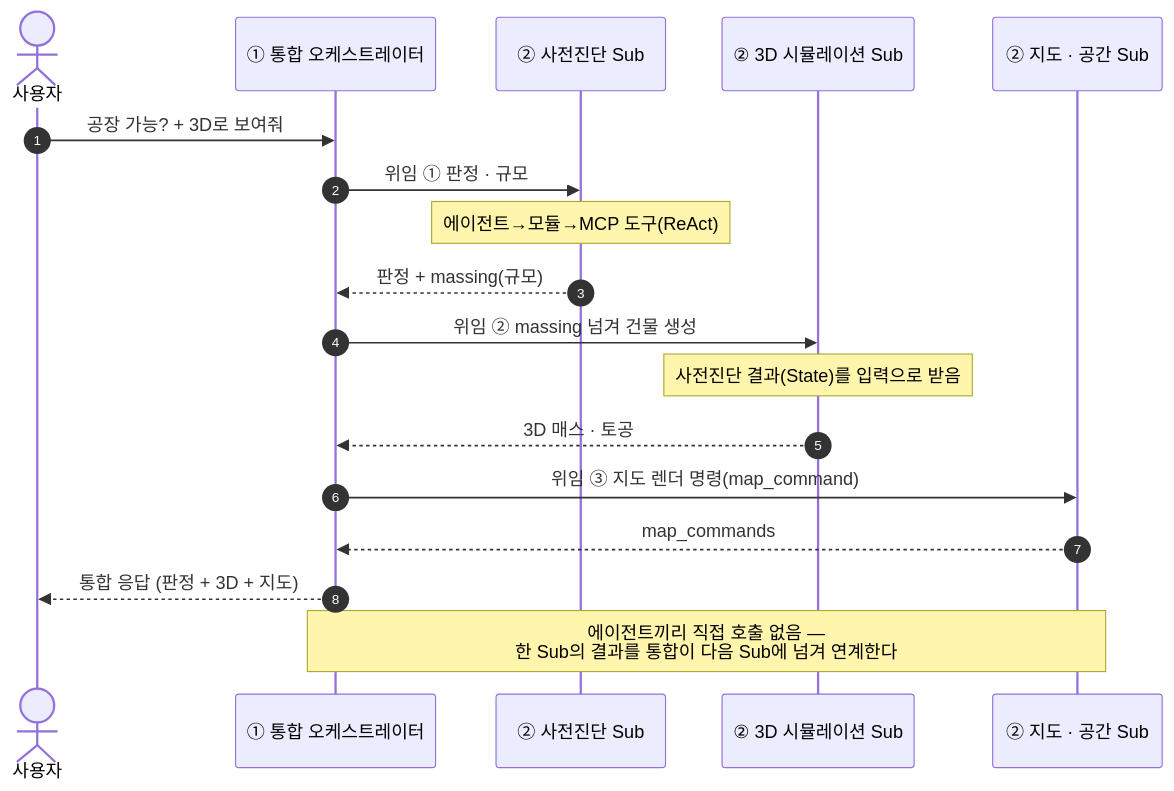
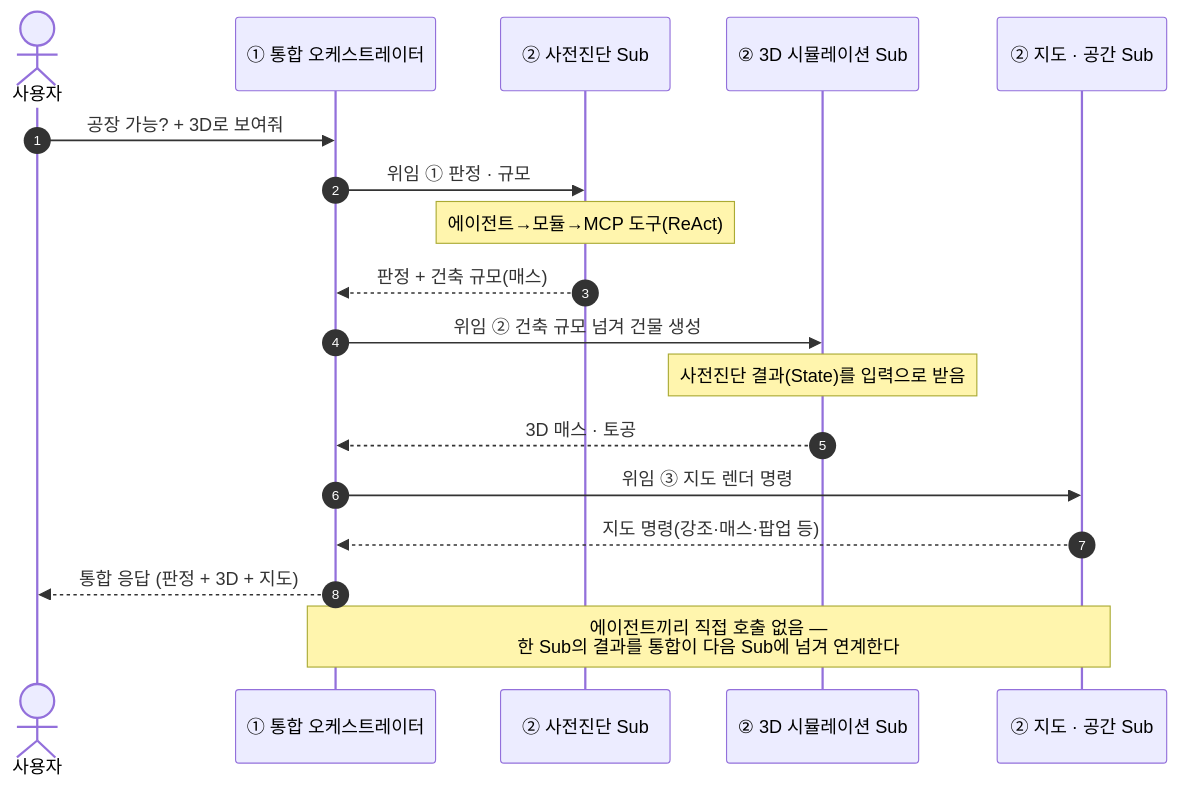
Before and after one commit to madlrengg100/permit-copilot: the seventh of 7 diagrams in docs/MCP-AGENT-SEQUENCE1.md, drawn with Mermaid. The commit also changed other lines of this file, not shown here.

Commit message:
docs(MCP-AGENT-SEQUENCE1): DB 연계도·온톨로지·ReAct 기능순서·용어 정리

````diff
--- a/docs/MCP-AGENT-SEQUENCE1.md
+++ b/docs/MCP-AGENT-SEQUENCE1.md
@@ -206,24 +295,24 @@
 ```mermaid
 sequenceDiagram
     autonumber
     actor U as 사용자
     participant IO as ① 통합 오케스트레이터
     participant SD as ② 사전진단 Sub
     participant S3 as ② 3D 시뮬레이션 Sub
     participant SM as ② 지도 · 공간 Sub
 
     U->>IO: 공장 가능? + 3D로 보여줘
     IO->>SD: 위임 ① 판정 · 규모
     Note over SD: 에이전트→모듈→MCP 도구(ReAct)
-    SD-->>IO: 판정 + massing(규모)
+    SD-->>IO: 판정 + 건축 규모(매스)
 
-    IO->>S3: 위임 ② massing 넘겨 건물 생성
+    IO->>S3: 위임 ② 건축 규모 넘겨 건물 생성
     Note over S3: 사전진단 결과(State)를 입력으로 받음
     S3-->>IO: 3D 매스 · 토공
 
-    IO->>SM: 위임 ③ 지도 렌더 명령(map_command)
-    SM-->>IO: map_commands
+    IO->>SM: 위임 ③ 지도 렌더 명령
+    SM-->>IO: 지도 명령(강조·매스·팝업 등)
 
     IO-->>U: 통합 응답 (판정 + 3D + 지도)
     Note over IO,SM: 에이전트끼리 직접 호출 없음 —<br/>한 Sub의 결과를 통합이 다음 Sub에 넘겨 연계한다
 ```
````
